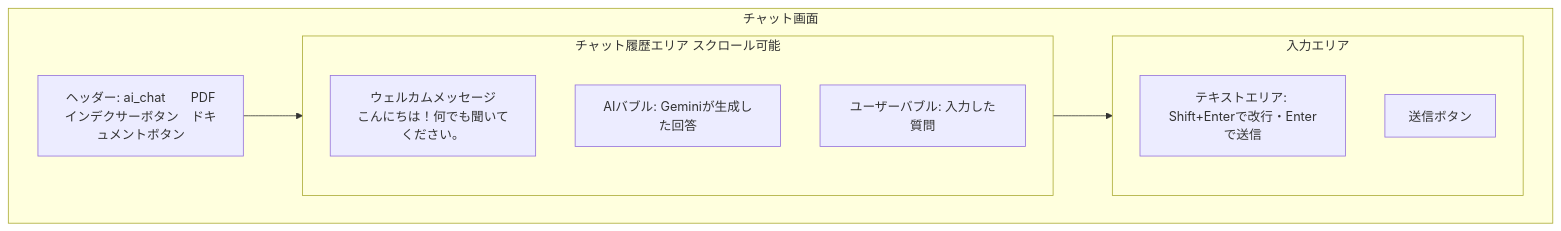
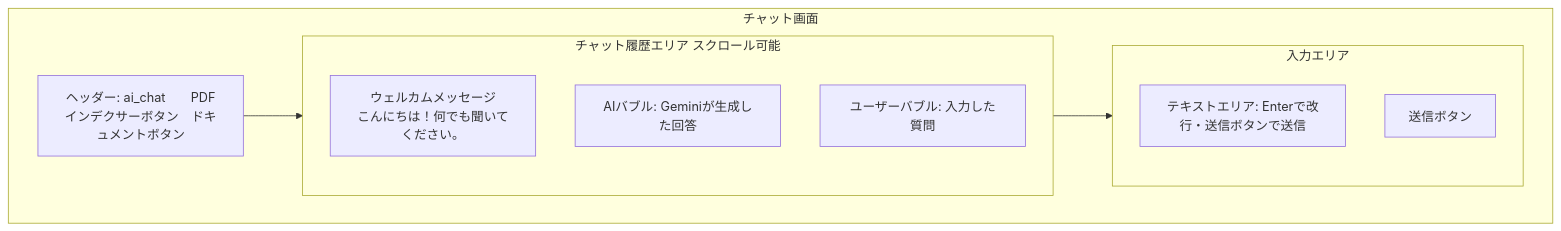
Before and after one commit to redmine54/ai_chat: the first of 3 diagrams in docs/design/ui_design.md, drawn with Mermaid. The commit also changed other lines of this file and 10 other files, not shown here.

````diff
--- a/docs/design/ui_design.md
+++ b/docs/design/ui_design.md
@@ -20,18 +20,18 @@
 ```mermaid
 graph TD
     subgraph SCR001[チャット画面]
         Header[ヘッダー: ai_chat　　PDFインデクサーボタン　ドキュメントボタン]
         subgraph History[チャット履歴エリア スクロール可能]
             Welcome[ウェルカムメッセージ\nこんにちは！何でも聞いてください。]
             AI1[AIバブル: Geminiが生成した回答]
             User1[ユーザーバブル: 入力した質問]
         end
         subgraph InputArea[入力エリア]
-            Input[テキストエリア: Shift+Enterで改行・Enterで送信]
+            Input[テキストエリア: Enterで改行・送信ボタンで送信]
             SendBtn[送信ボタン]
         end
     end
 
     Header --> History
     History --> InputArea
 ```
````
